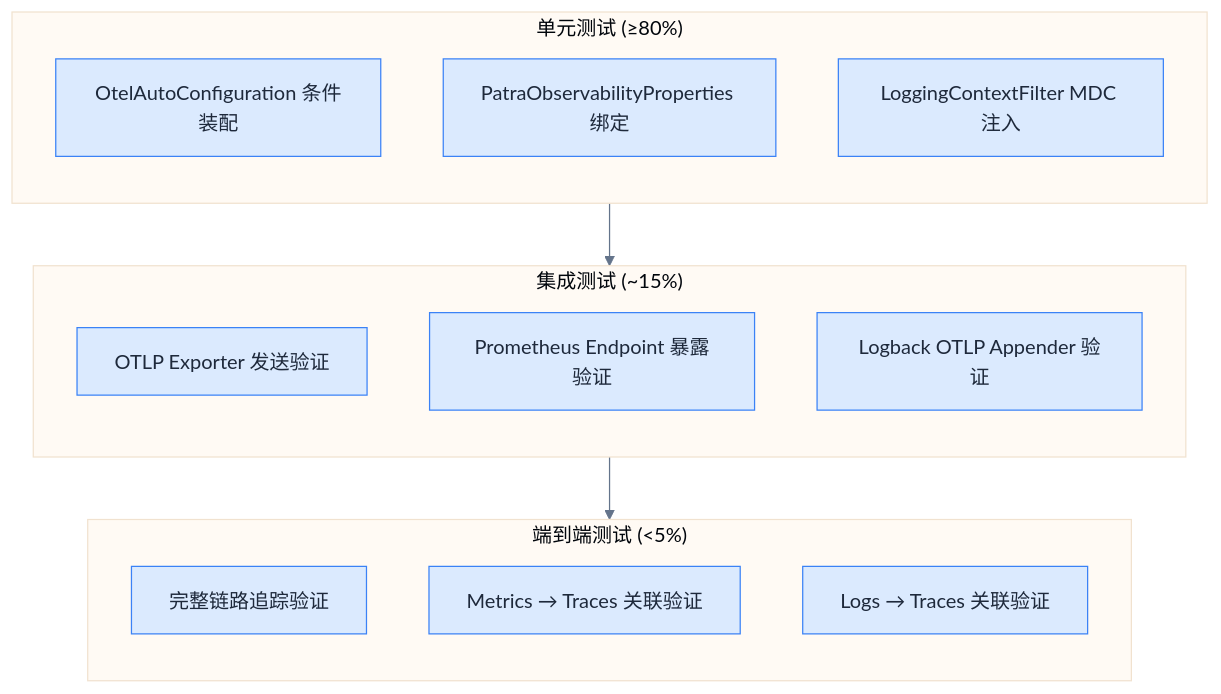
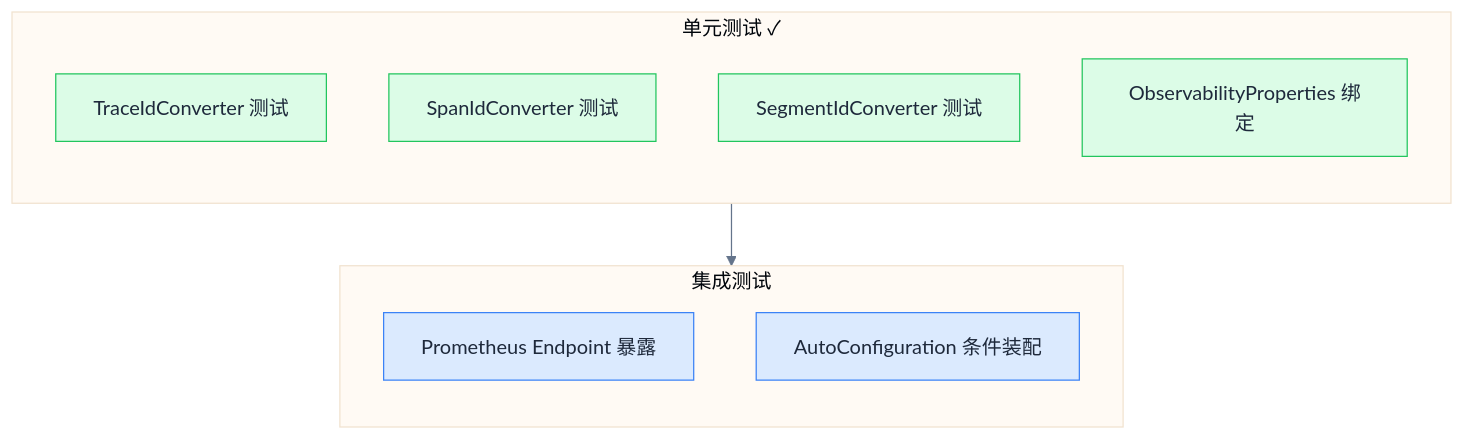
Before and after one commit to linqibin0826/patra: the third of 3 diagrams in patra-api/docs/designs/observability/07-implementation-roadmap.md, drawn with Mermaid. The commit also changed other lines of this file and 4 other files, not shown here.

````diff
--- a/patra-api/docs/designs/observability/07-implementation-roadmap.md
+++ b/patra-api/docs/designs/observability/07-implementation-roadmap.md
@@ -285,37 +298,32 @@
 ```mermaid
 %%{init: {
   'theme': 'base',
   'themeVariables': {
     'primaryColor': '#dbeafe',
     'primaryTextColor': '#1e293b',
     'primaryBorderColor': '#3b82f6',
     'lineColor': '#64748b',
     'edgeLabelBackground': '#f1f5f9'
   }
 }}%%
 flowchart TD
-    subgraph Unit["单元测试 (≥80%)"]
+    subgraph Unit["单元测试 ✓"]
         direction TB
-        U1[OtelAutoConfiguration 条件装配]
-        U2[PatraObservabilityProperties 绑定]
-        U3[LoggingContextFilter MDC 注入]
+        U1[TraceIdConverter 测试]
+        U2[SpanIdConverter 测试]
+        U3[SegmentIdConverter 测试]
+        U4[ObservabilityProperties 绑定]
     end
 
-    subgraph Integration["集成测试 (~15%)"]
+    subgraph Integration["集成测试"]
         direction TB
-        I1[OTLP Exporter 发送验证]
-        I2[Prometheus Endpoint 暴露验证]
-        I3[Logback OTLP Appender 验证]
+        I1[Prometheus Endpoint 暴露]
+        I2[AutoConfiguration 条件装配]
     end
 
-    subgraph E2E["端到端测试 (<5%)"]
-        direction TB
-        E1[完整链路追踪验证]
-        E2[Metrics → Traces 关联验证]
-        E3[Logs → Traces 关联验证]
-    end
+    Unit --> Integration
 
-    Unit --> Integration --> E2E
-
+    classDef done fill:#dcfce7,stroke:#22c55e,color:#1e293b;
     classDef default fill:#dbeafe,stroke:#3b82f6,color:#1e293b;
+    class U1,U2,U3,U4 done;
 ```
````
